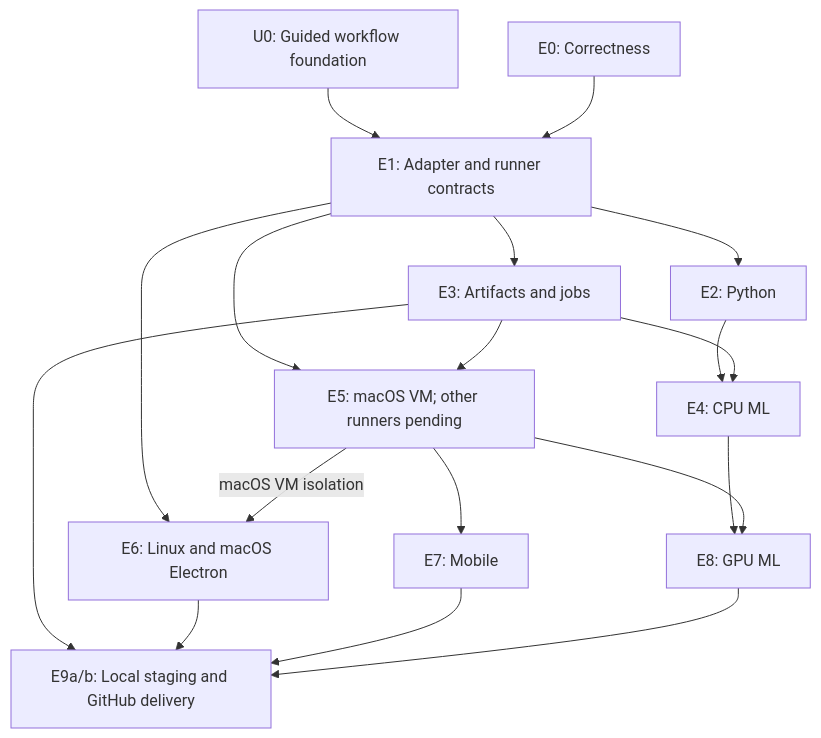
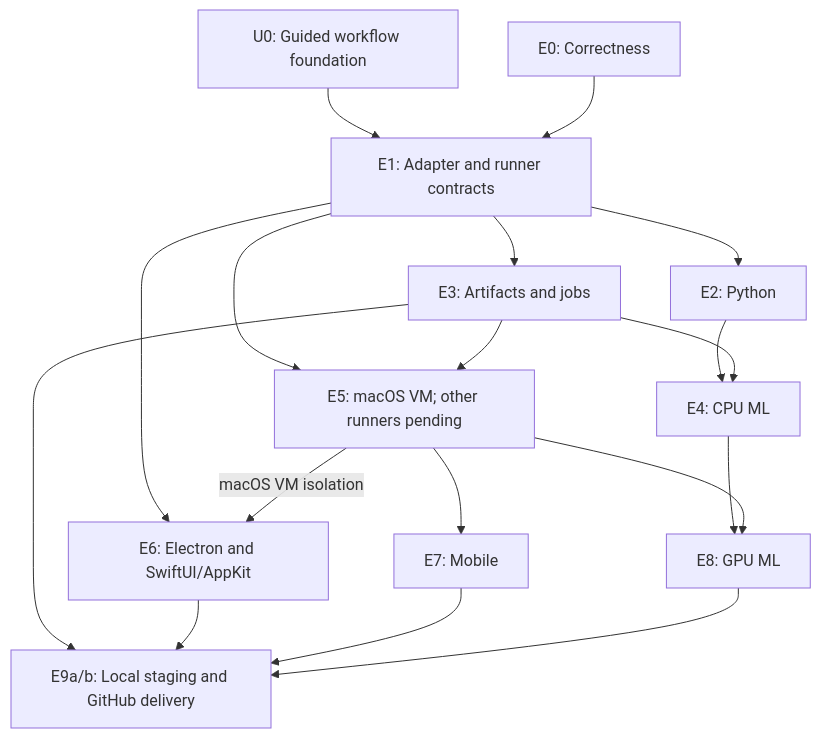
The diagram in NEXT.md (BleOdel/agent-harness), drawn with Mermaid before and after one commit. The commit also changed other lines of this file and 27 other files, not shown here.

Commit message:
Add isolated SwiftUI and AppKit automation

````diff
--- a/NEXT.md
+++ b/NEXT.md
@@ -148,20 +148,20 @@
 ```mermaid
 flowchart TD
   U0["U0: Guided workflow foundation"] --> E1["E1: Adapter and runner contracts"]
   E0["E0: Correctness"] --> E1
   E1 --> E2["E2: Python"]
   E1 --> E3["E3: Artifacts and jobs"]
   E2 --> E4["E4: CPU ML"]
   E3 --> E4
   E1 --> E5["E5: macOS VM; other runners pending"]
   E3 --> E5
-  E1 --> E6["E6: Linux and macOS Electron"]
+  E1 --> E6["E6: Electron and SwiftUI/AppKit"]
   E5 -->|macOS VM isolation| E6
   E5 --> E7["E7: Mobile"]
   E4 --> E8["E8: GPU ML"]
   E5 --> E8
   E3 --> E9["E9a/b: Local staging and GitHub delivery"]
   E6 --> E9
   E7 --> E9
   E8 --> E9
 ```
````
